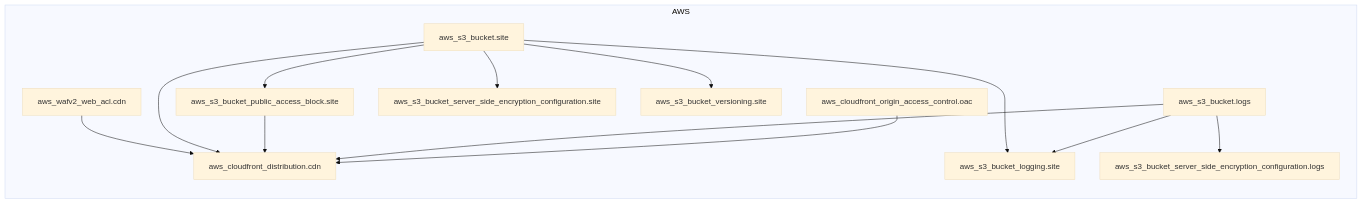
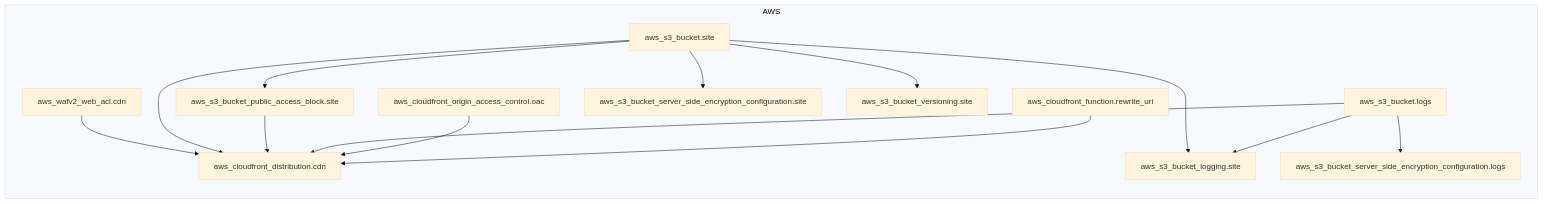
The diagram in examples/serverless-website/aws/terraform/architecture-diagram.md (suryakumaran2611/auto-arch-diagram), drawn with Mermaid (base theme) before and after one commit. The commit also changed 243 other files, not shown here.

First line of the commit message:
Simplify MLOps multi-cloud architecture diagrams

````diff
--- a/examples/serverless-website/aws/terraform/architecture-diagram.md
+++ b/examples/serverless-website/aws/terraform/architecture-diagram.md
@@ -7,26 +7,28 @@
 ```mermaid
 flowchart LR
 subgraph AWS[AWS]
   tf_aws_cloudfront_distribution_cdn["aws_cloudfront_distribution.cdn"]
+  tf_aws_cloudfront_function_rewrite_uri["aws_cloudfront_function.rewrite_uri"]
   tf_aws_cloudfront_origin_access_control_oac["aws_cloudfront_origin_access_control.oac"]
   tf_aws_s3_bucket_logs["aws_s3_bucket.logs"]
   tf_aws_s3_bucket_site["aws_s3_bucket.site"]
   tf_aws_s3_bucket_logging_site["aws_s3_bucket_logging.site"]
   tf_aws_s3_bucket_public_access_block_site["aws_s3_bucket_public_access_block.site"]
   tf_aws_s3_bucket_server_side_encryption_configuration_logs["aws_s3_bucket_server_side_encryption_configuration.logs"]
   tf_aws_s3_bucket_server_side_encryption_configuration_site["aws_s3_bucket_server_side_encryption_configuration.site"]
   tf_aws_s3_bucket_versioning_site["aws_s3_bucket_versioning.site"]
   tf_aws_wafv2_web_acl_cdn["aws_wafv2_web_acl.cdn"]
 end
+tf_aws_cloudfront_function_rewrite_uri --> tf_aws_cloudfront_distribution_cdn
 tf_aws_cloudfront_origin_access_control_oac --> tf_aws_cloudfront_distribution_cdn
 tf_aws_s3_bucket_logs --> tf_aws_cloudfront_distribution_cdn
 tf_aws_s3_bucket_logs --> tf_aws_s3_bucket_logging_site
 tf_aws_s3_bucket_logs --> tf_aws_s3_bucket_server_side_encryption_configuration_logs
 tf_aws_s3_bucket_public_access_block_site --> tf_aws_cloudfront_distribution_cdn
 tf_aws_s3_bucket_site --> tf_aws_cloudfront_distribution_cdn
 tf_aws_s3_bucket_site --> tf_aws_s3_bucket_logging_site
 tf_aws_s3_bucket_site --> tf_aws_s3_bucket_public_access_block_site
 tf_aws_s3_bucket_site --> tf_aws_s3_bucket_server_side_encryption_configuration_site
 tf_aws_s3_bucket_site --> tf_aws_s3_bucket_versioning_site
 tf_aws_wafv2_web_acl_cdn --> tf_aws_cloudfront_distribution_cdn
 ```
````
